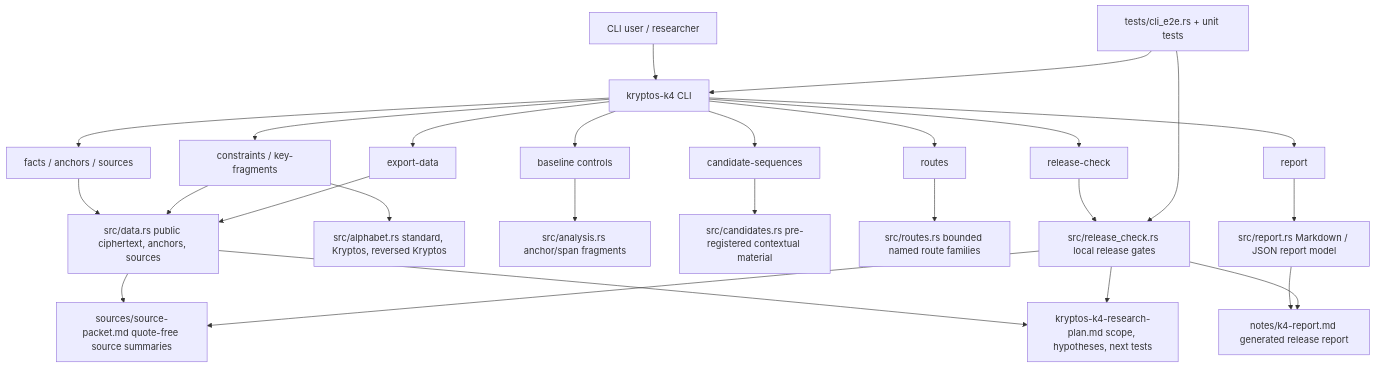
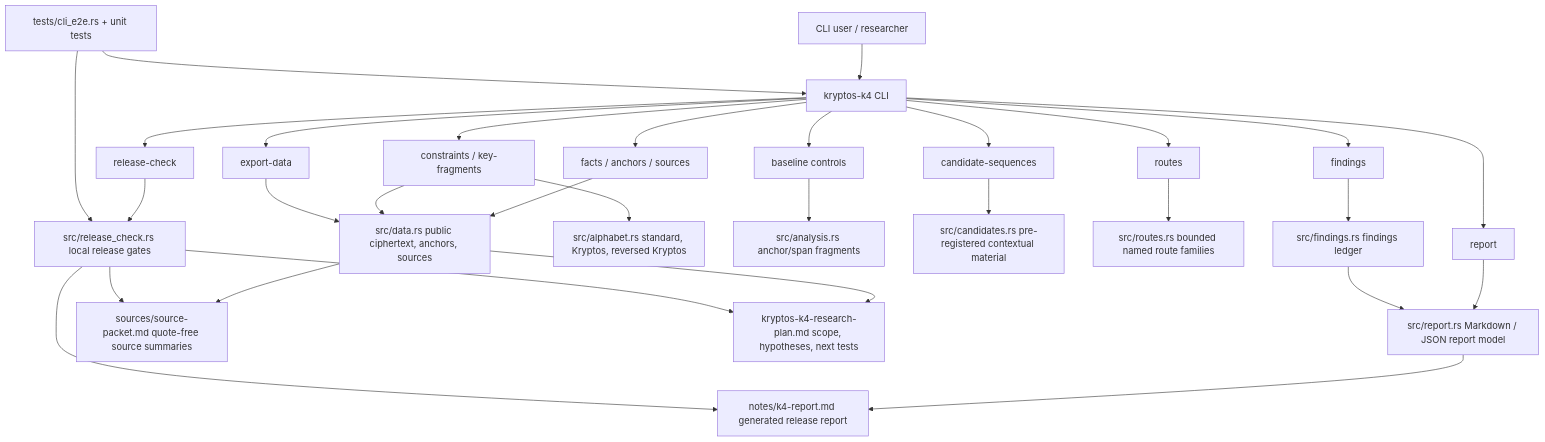
Before and after one commit to malak333/kryptos-k4: the diagram in docs/architecture-current.md, drawn with Mermaid. The commit also changed other lines of this file and 9 other files, not shown here.

Commit message:
Add findings ledger command

````diff
--- a/docs/architecture-current.md
+++ b/docs/architecture-current.md
@@ -7,33 +7,36 @@
 ```mermaid
 flowchart TD
     User["CLI user / researcher"] --> Cli["kryptos-k4 CLI"]
 
     Cli --> Facts["facts / anchors / sources"]
     Cli --> Constraints["constraints / key-fragments"]
     Cli --> Baseline["baseline controls"]
     Cli --> Candidates["candidate-sequences"]
     Cli --> Routes["routes"]
+    Cli --> Findings["findings"]
     Cli --> Report["report"]
     Cli --> Export["export-data"]
     Cli --> Release["release-check"]
 
     Facts --> Data["src/data.rs public ciphertext, anchors, sources"]
     Constraints --> Data
     Constraints --> Alphabets["src/alphabet.rs standard, Kryptos, reversed Kryptos"]
     Baseline --> Analysis["src/analysis.rs anchor/span fragments"]
     Candidates --> CandidateModel["src/candidates.rs pre-registered contextual material"]
     Routes --> RouteModel["src/routes.rs bounded named route families"]
+    Findings --> FindingsModel["src/findings.rs findings ledger"]
     Report --> ReportModel["src/report.rs Markdown / JSON report model"]
     Export --> Data
     Release --> ReleaseModel["src/release_check.rs local release gates"]
 
     Data --> SourcePacket["sources/source-packet.md quote-free source summaries"]
     Data --> ResearchPlan["kryptos-k4-research-plan.md scope, hypotheses, next tests"]
     ReportModel --> GeneratedReport["notes/k4-report.md generated release report"]
+    FindingsModel --> ReportModel
     ReleaseModel --> GeneratedReport
     ReleaseModel --> SourcePacket
     ReleaseModel --> ResearchPlan
 
     Tests["tests/cli_e2e.rs + unit tests"] --> Cli
     Tests --> ReleaseModel
 ```
````
